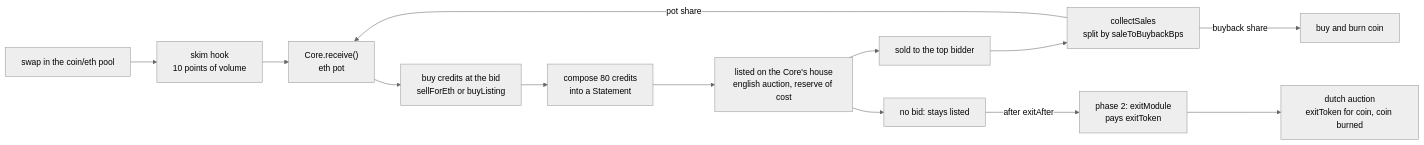
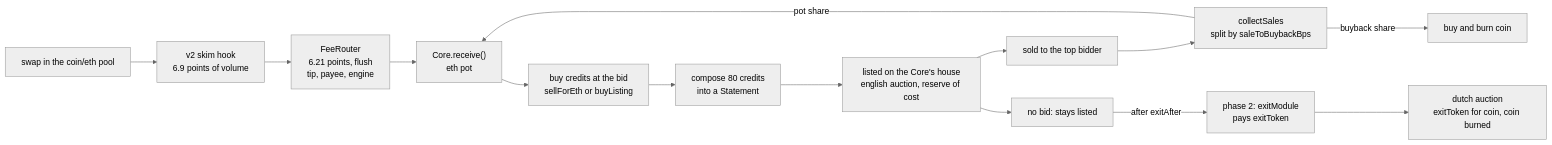
One commit to ripe0x/cc changed the diagram in README.md. Above: the diagram before and after it, drawn with Mermaid (neutral theme). The commit also changed other lines of this file and 2 other files, not shown here.

````diff
--- a/README.md
+++ b/README.md
@@ -25,28 +22,30 @@
 ```mermaid
 graph LR
     swap["swap in the coin/eth pool"]
-    hook["skim hook<br/>10 points of volume"]
+    hook["v2 skim hook<br/>6.9 points of volume"]
+    router["FeeRouter<br/>6.21 points, flush<br/>tip, payee, engine"]
     pot["Core.receive()<br/>eth pot"]
     buy["buy credits at the bid<br/>sellForEth or buyListing"]
     compose["compose 80 credits<br/>into a Statement"]
     house["listed on the Core's house<br/>english auction, reserve of cost"]
     sold["sold to the top bidder"]
     unsold["no bid: stays listed"]
     collect["collectSales<br/>split by saleToBuybackBps"]
     burn["buy and burn coin"]
     exit["phase 2: exitModule<br/>pays exitToken"]
     dutch["dutch auction<br/>exitToken for coin, coin burned"]
 
     swap --> hook
-    hook --> pot
+    hook --> router
+    router --> pot
     pot --> buy
     buy --> compose
     compose --> house
     house --> sold
     house --> unsold
     sold --> collect
     collect -->|pot share| pot
     collect -->|buyback share| burn
     unsold -->|after exitAfter| exit
     exit --> dutch
 ```
````
